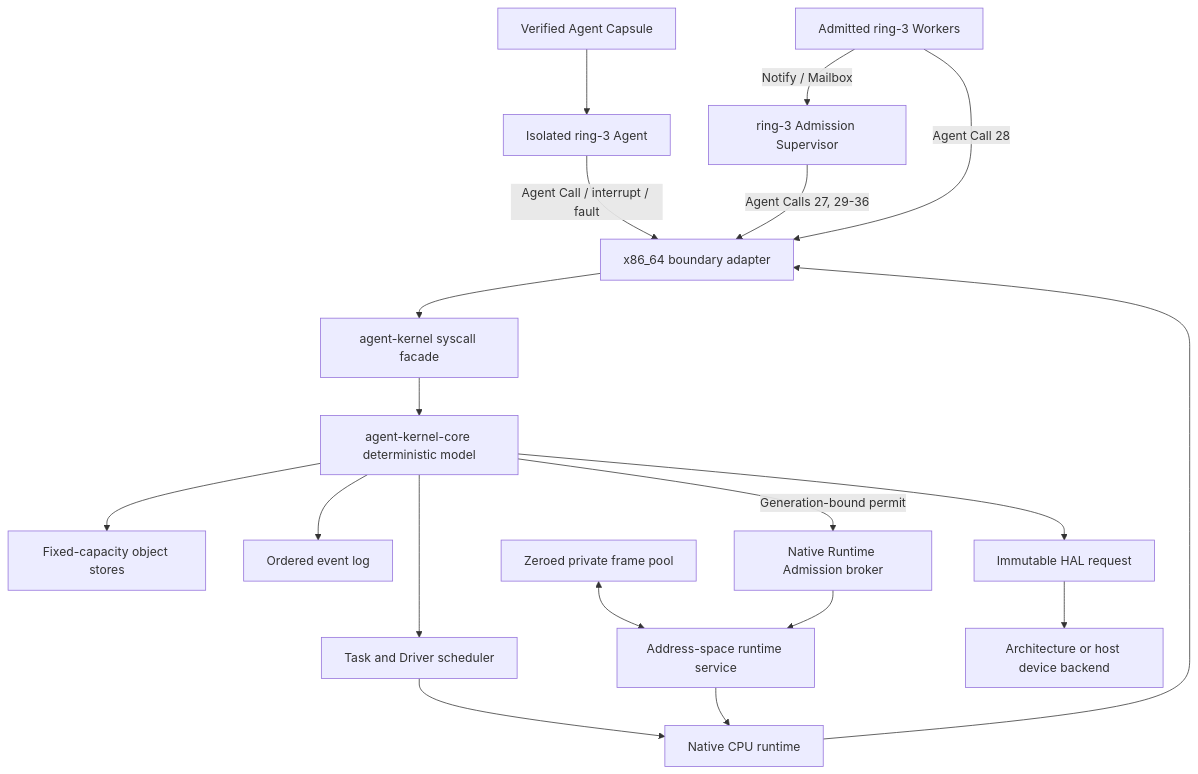
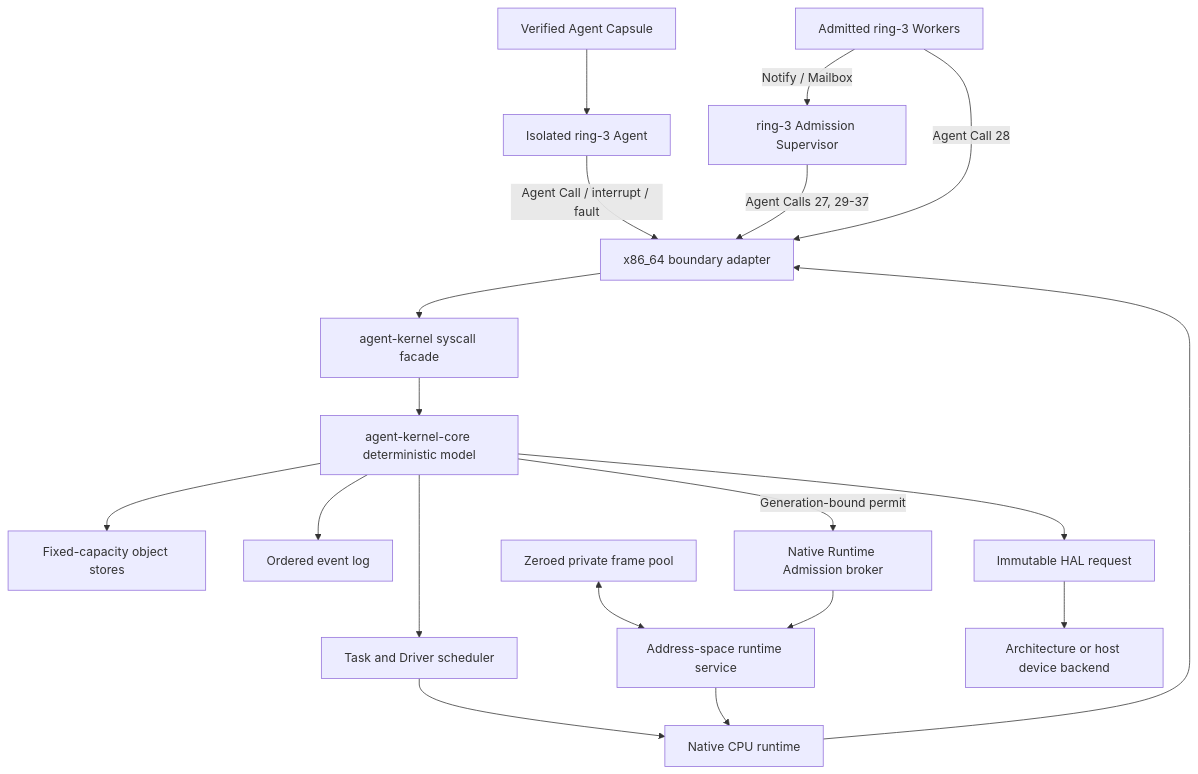
One commit to Evan-master/agent-kernel changed the diagram in README.md. Above: the diagram before and after it, drawn with Mermaid. The commit also changed other lines of this file and 44 other files, not shown here.

````diff
--- a/README.md
+++ b/README.md
@@ -232,21 +246,21 @@
 ```mermaid
 flowchart TB
     Capsule["Verified Agent Capsule"] --> Ring3["Isolated ring-3 Agent"]
     Ring3 -->|"Agent Call / interrupt / fault"| X86["x86_64 boundary adapter"]
     X86 --> Facade["agent-kernel syscall facade"]
     Facade --> Core["agent-kernel-core deterministic model"]
     Core --> Stores["Fixed-capacity object stores"]
     Core --> Events["Ordered event log"]
     Core --> Scheduler["Task and Driver scheduler"]
     Scheduler --> Runtime["Native CPU runtime"]
     Runtime --> X86
     FramePool["Zeroed private frame pool"] <--> AddressService["Address-space runtime service"]
     Broker["Native Runtime Admission broker"] --> AddressService
     Core -->|"Generation-bound permit"| Broker
     AddressService --> Runtime
     Core --> HAL["Immutable HAL request"]
     HAL --> Device["Architecture or host device backend"]
-    Supervisor["ring-3 Admission Supervisor"] -->|"Agent Calls 27, 29-36"| X86
+    Supervisor["ring-3 Admission Supervisor"] -->|"Agent Calls 27, 29-37"| X86
     Workers["Admitted ring-3 Workers"] -->|"Agent Call 28"| X86
     Workers -->|"Notify / Mailbox"| Supervisor
 ```
````
